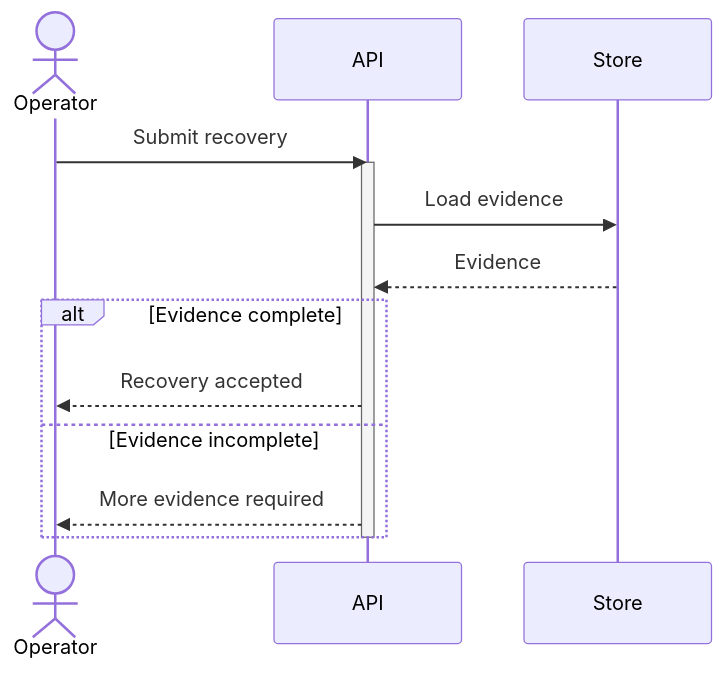
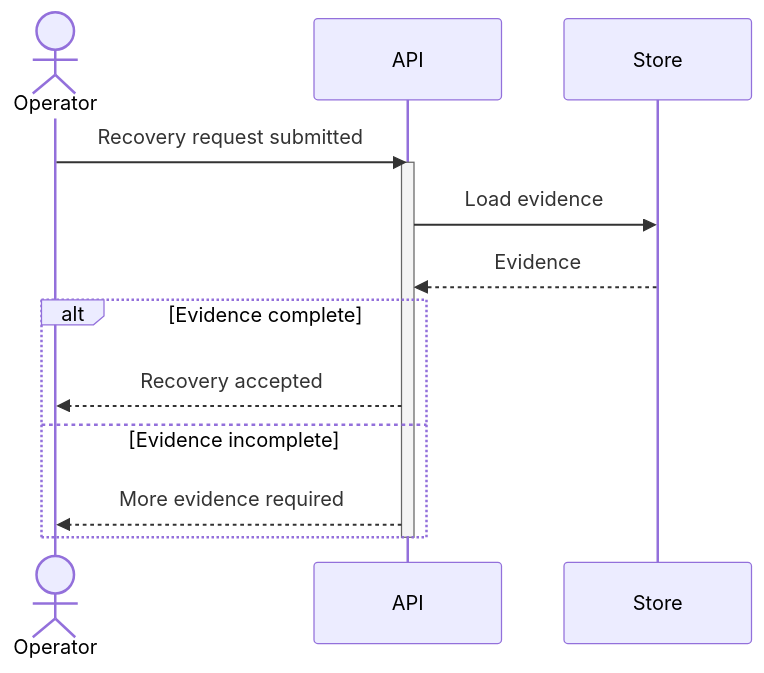
The third of 3 diagrams in src/rulesync/.rulesync/skills/mols-mermaid-diagram/references/examples/zenuml.md (mols3131d/mols-agent-assets), drawn with Mermaid before and after one commit. The commit also changed other lines of this file, not shown here.

Commit message:
docs(mermaid): align ZenUML examples with message kinds

````diff
--- a/src/rulesync/.rulesync/skills/mols-mermaid-diagram/references/examples/zenuml.md
+++ b/src/rulesync/.rulesync/skills/mols-mermaid-diagram/references/examples/zenuml.md
@@ -67,17 +71,17 @@
 ```mermaid
 sequenceDiagram
     actor Operator
     participant API
     participant Store
 
-    Operator->>API: Submit recovery
+    Operator->>API: Recovery request submitted
     activate API
     API->>Store: Load evidence
     Store-->>API: Evidence
     alt Evidence complete
         API-->>Operator: Recovery accepted
     else Evidence incomplete
         API-->>Operator: More evidence required
     end
     deactivate API
 ```
````
